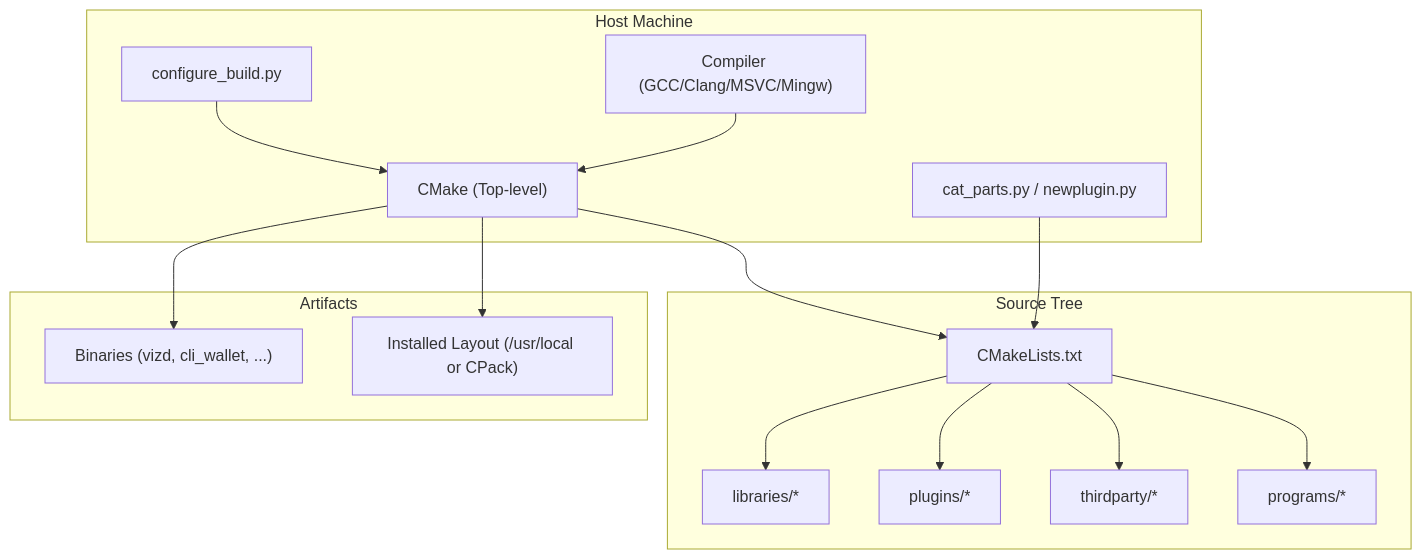
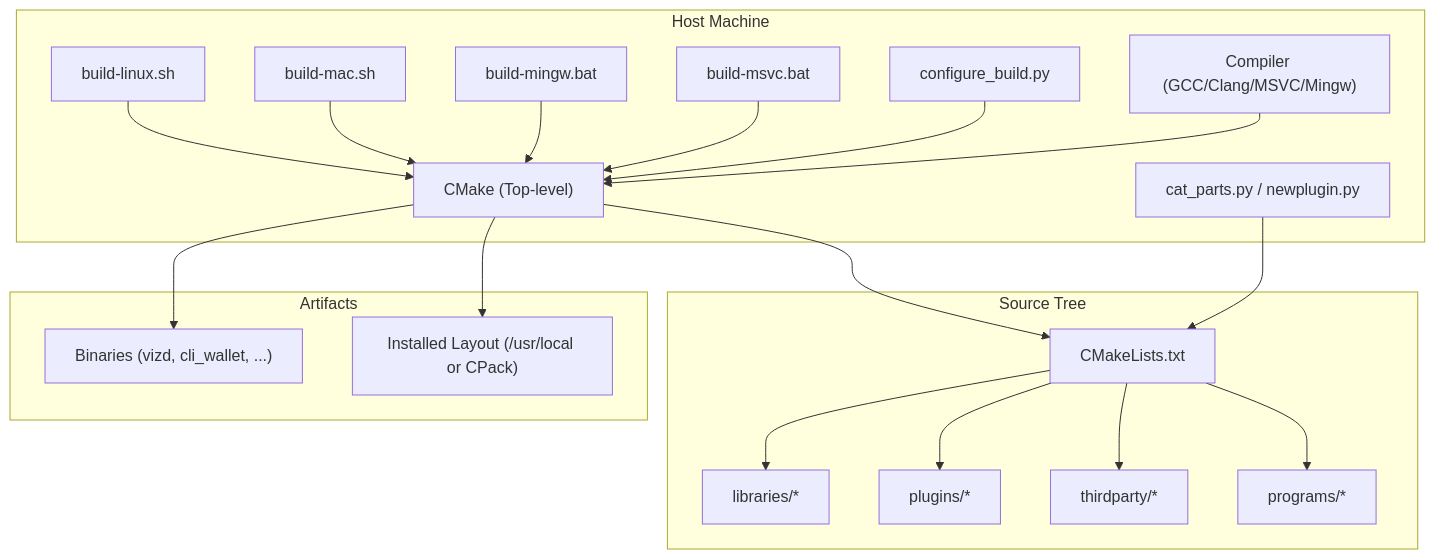
Before and after one commit to VIZ-Blockchain/viz-cpp-node: the second of 7 diagrams in .qoder/repowiki/en/content/Development Tools/Build System/Build System.md, drawn with Mermaid. The commit also changed other lines of this file and 4 other files, not shown here.

````diff
--- a/.qoder/repowiki/en/content/Development Tools/Build System/Build System.md
+++ b/.qoder/repowiki/en/content/Development Tools/Build System/Build System.md
@@ -104,30 +128,38 @@
 ```mermaid
 graph TB
 subgraph "Host Machine"
+LinuxScript["build-linux.sh"]
+MacScript["build-mac.sh"]
+MinGWScript["build-mingw.bat"]
+MSVCScript["build-msvc.bat"]
 CFG["configure_build.py"]
 CC["Compiler (GCC/Clang/MSVC/Mingw)"]
 CMake["CMake (Top-level)"]
 Helpers["cat_parts.py / newplugin.py"]
 end
 subgraph "Source Tree"
 Root["CMakeLists.txt"]
 Libs["libraries/*"]
 Plugins["plugins/*"]
 Third["thirdparty/*"]
 Progs["programs/*"]
 end
 subgraph "Artifacts"
 Bin["Binaries (vizd, cli_wallet, ...)"]
 Inst["Installed Layout (/usr/local or CPack)"]
 end
+LinuxScript --> CMake
+MacScript --> CMake
+MinGWScript --> CMake
+MSVCScript --> CMake
 CFG --> CMake
 CMake --> Root
 Root --> Libs
 Root --> Plugins
 Root --> Third
 Root --> Progs
 CC --> CMake
 CMake --> Bin
 Helpers --> Root
 CMake --> Inst
 ```
````
